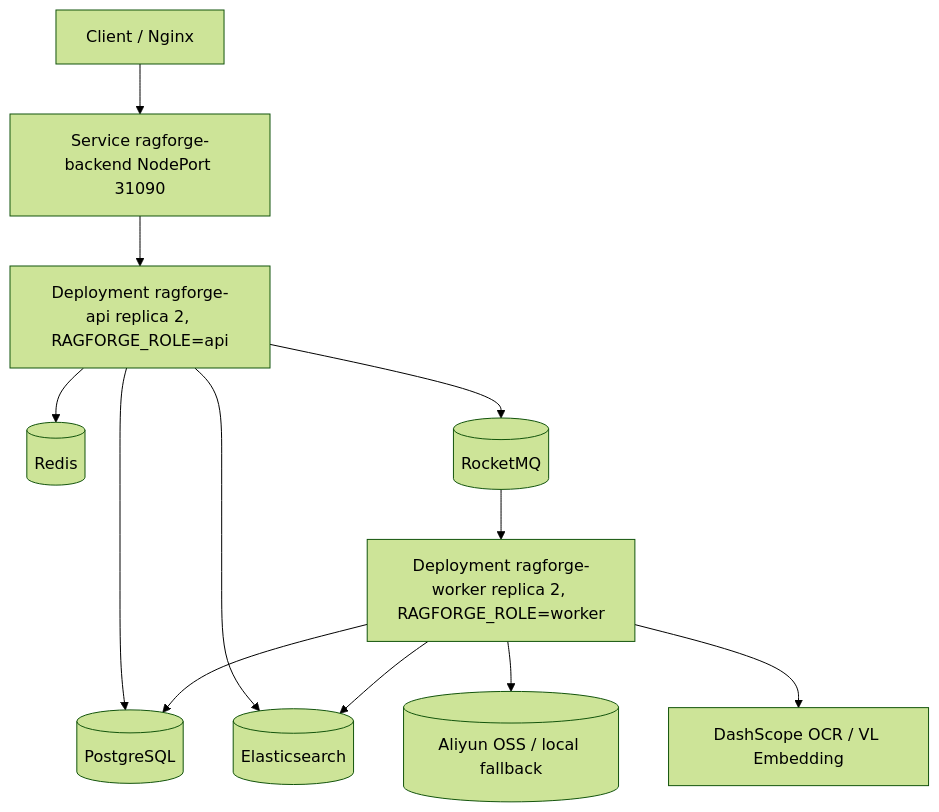
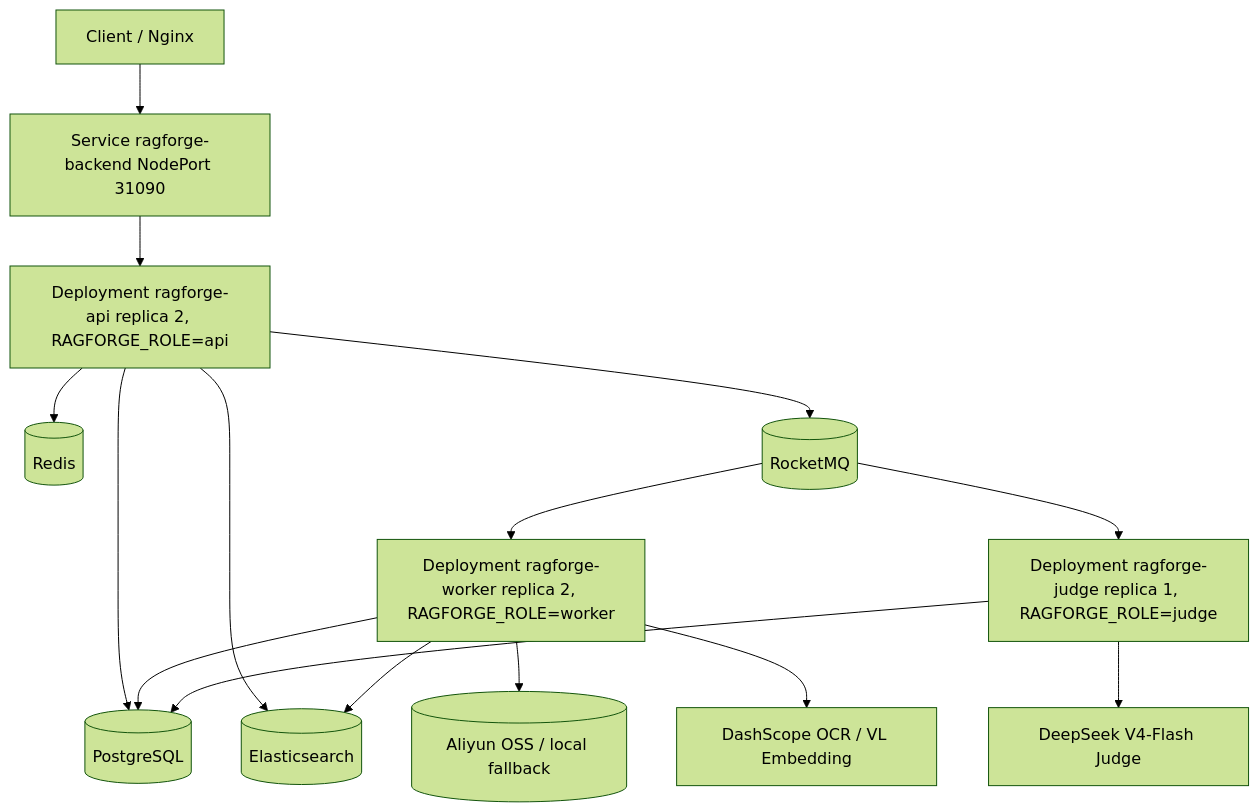
The second of 2 diagrams in docs/architecture.md (dezhiguan/rag-forge), drawn with Mermaid (forest theme) before and after one commit. The commit also changed other lines of this file and 14 other files, not shown here.

````diff
--- a/docs/architecture.md
+++ b/docs/architecture.md
@@ -132,14 +132,17 @@
 ```mermaid
 flowchart TB
   Internet[Client / Nginx] --> Svc[Service ragforge-backend NodePort 31090]
   Svc --> API1[Deployment ragforge-api replica 2, RAGFORGE_ROLE=api]
   API1 --> PG[(PostgreSQL)]
   API1 --> ES[(Elasticsearch)]
   API1 --> Redis[(Redis)]
   API1 --> MQ[(RocketMQ)]
   MQ --> W1[Deployment ragforge-worker replica 2, RAGFORGE_ROLE=worker]
+  MQ --> J1[Deployment ragforge-judge replica 1, RAGFORGE_ROLE=judge]
   W1 --> PG
   W1 --> ES
   W1 --> OSS[(Aliyun OSS / local fallback)]
   W1 --> DashScope[DashScope OCR / VL Embedding]
+  J1 --> PG
+  J1 --> DeepSeek[DeepSeek V4-Flash Judge]
 ```
````
